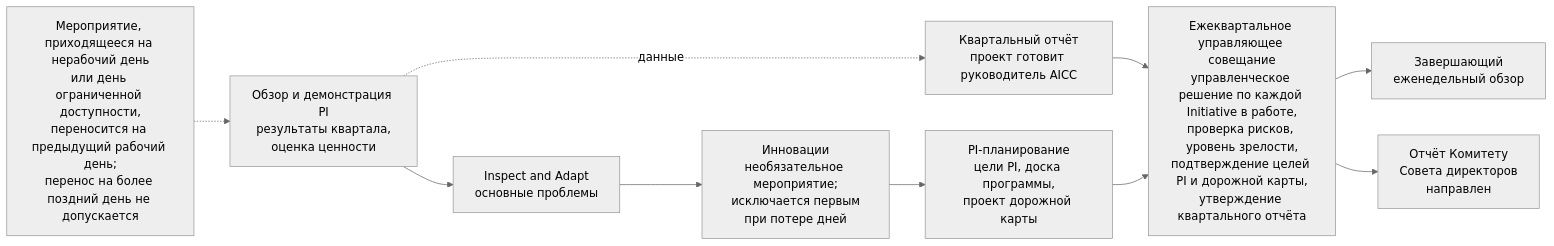
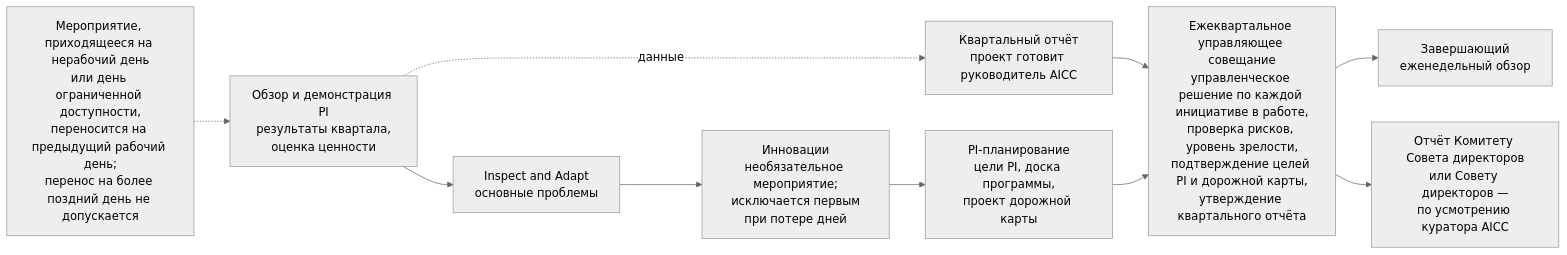
The fourth of 4 diagrams in charter/ru/guides/cadence-guide.md (devhogu/ob-aicc), drawn with Mermaid (neutral theme) before and after one commit. The commit also changed other lines of this file and 150 other files, not shown here.

````diff
--- a/charter/ru/guides/cadence-guide.md
+++ b/charter/ru/guides/cadence-guide.md
@@ -111,12 +111,12 @@
 ```mermaid
 flowchart LR
   PR["Обзор и демонстрация PI<br/>результаты квартала,<br/>оценка ценности"] --> IA["Inspect and Adapt<br/>основные проблемы"]
   IA --> IN["Инновации<br/>необязательное мероприятие;<br/>исключается первым<br/>при потере дней"]
   IN --> PP["PI-планирование<br/>цели PI, доска программы,<br/>проект дорожной карты"]
   PR -.->|"данные"| QR["Квартальный отчёт<br/>проект готовит руководитель AICC"]
   QR --> QS
-  PP --> QS["Ежеквартальное управляющее совещание<br/>управленческое решение по каждой Initiative в работе,<br/>проверка рисков, уровень зрелости,<br/>подтверждение целей PI и дорожной карты,<br/>утверждение квартального отчёта"]
+  PP --> QS["Ежеквартальное управляющее совещание<br/>управленческое решение по каждой инициативе в работе,<br/>проверка рисков, уровень зрелости,<br/>подтверждение целей PI и дорожной карты,<br/>утверждение квартального отчёта"]
   QS --> WR["Завершающий<br/>еженедельный обзор"]
-  QS --> BC["Отчёт Комитету<br/>Совета директоров<br/>направлен"]
+  QS --> BC["Отчёт Комитету Совета директоров<br/>или Совету директоров —<br/>по усмотрению куратора AICC"]
   RULE["Мероприятие, приходящееся на нерабочий день<br/>или день ограниченной доступности,<br/>переносится на предыдущий рабочий день;<br/>перенос на более поздний день не допускается"] -.-> PR
 ```
````
